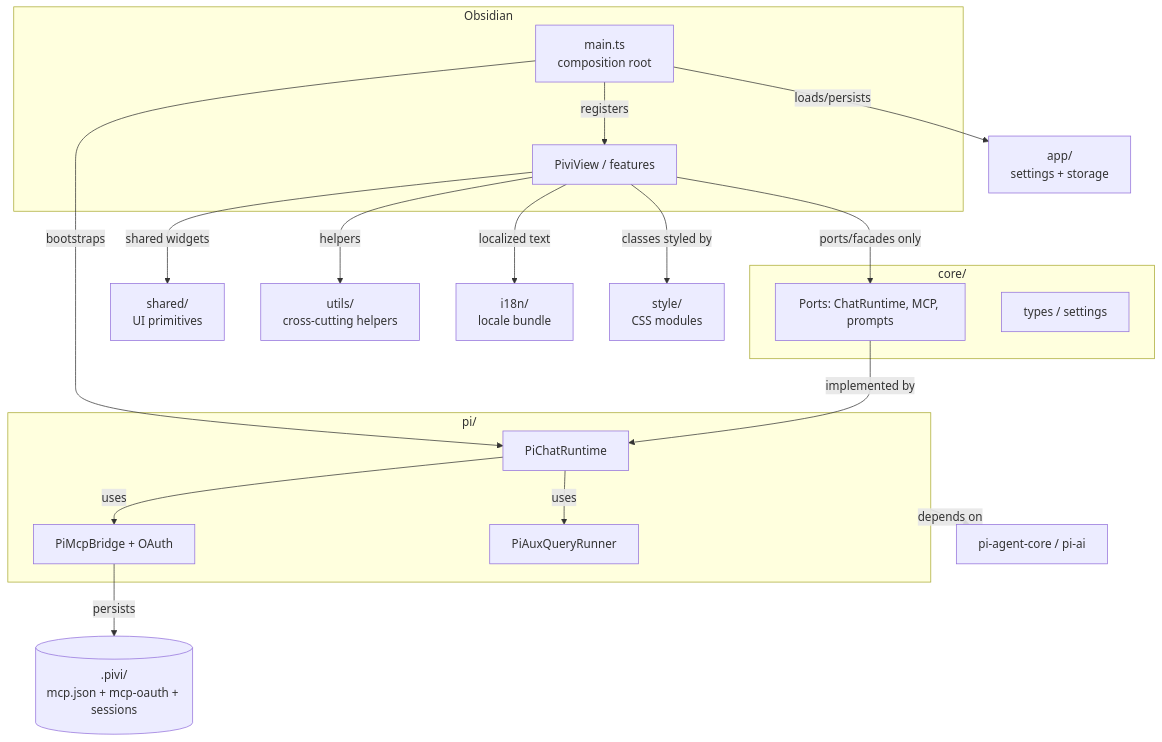
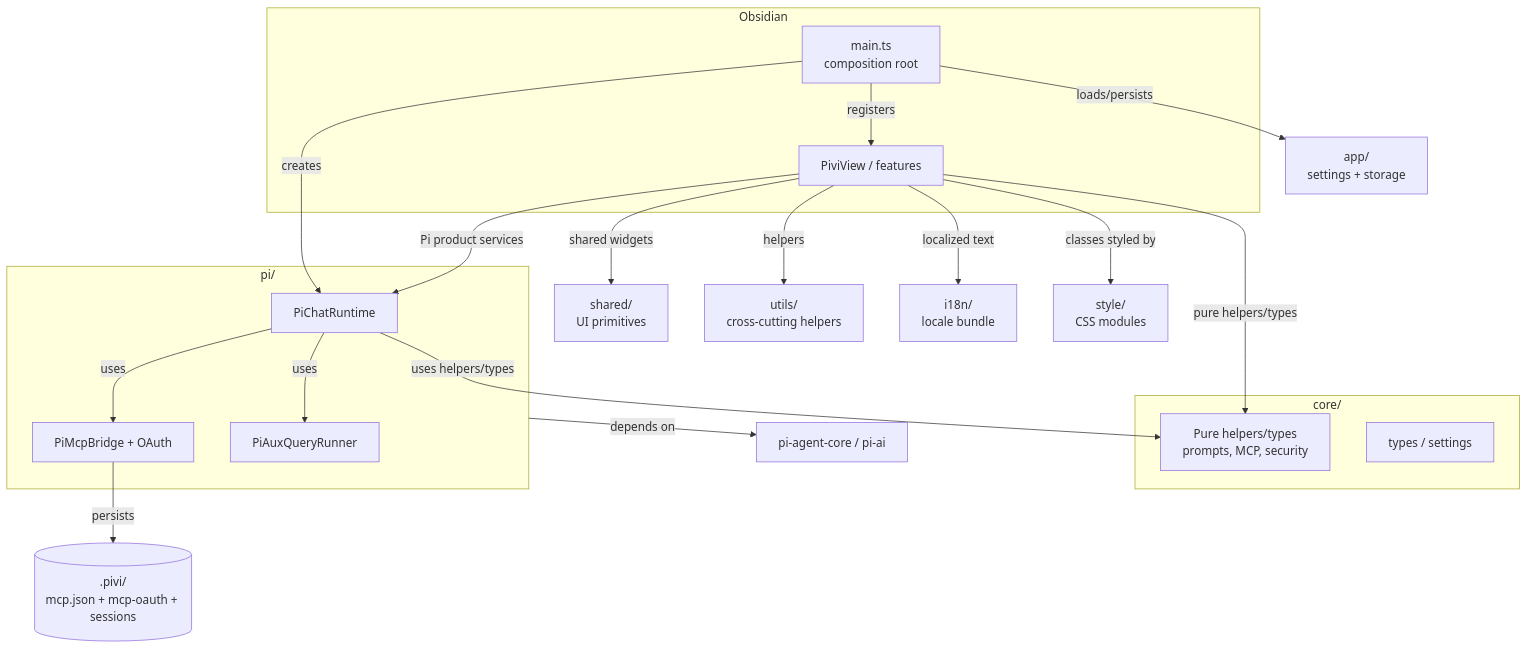
One commit to shuuul/obsidian-pivi changed the first of 2 diagrams in src/AGENTS.md. Above: the diagram before and after it, drawn with Mermaid. The commit also changed other lines of this file and 155 other files, not shown here.

````diff
--- a/src/AGENTS.md
+++ b/src/AGENTS.md
@@ -7,39 +7,40 @@
 ```mermaid
 flowchart TB
   subgraph Obsidian["Obsidian"]
     Main["main.ts<br/>composition root"]
     View["PiviView / features"]
   end
 
   subgraph Core["core/"]
-    Ports["Ports: ChatRuntime, MCP, prompts"]
+    Ports["Pure helpers/types<br/>prompts, MCP, security"]
     Types["types / settings"]
   end
 
   subgraph Pi["pi/"]
     Runtime["PiChatRuntime"]
     MCP["PiMcpBridge + OAuth"]
     Aux["PiAuxQueryRunner"]
   end
 
   Vault[(".pivi/<br/>mcp.json + mcp-oauth + sessions")]
   App["app/<br/>settings + storage"]
   Shared["shared/<br/>UI primitives"]
   Utils["utils/<br/>cross-cutting helpers"]
   I18n["i18n/<br/>locale bundle"]
   Style["style/<br/>CSS modules"]
 
   Main -- "registers" --> View
   Main -- "loads/persists" --> App
-  Main -- "bootstraps" --> Runtime
-  View -- "ports/facades only" --> Ports
+  Main -- "creates" --> Runtime
+  View -- "Pi product services" --> Runtime
+  View -- "pure helpers/types" --> Ports
   View -- "shared widgets" --> Shared
   View -- "helpers" --> Utils
   View -- "localized text" --> I18n
   View -- "classes styled by" --> Style
-  Ports -- "implemented by" --> Runtime
+  Runtime -- "uses helpers/types" --> Ports
   Runtime -- "uses" --> MCP
   MCP -- "persists" --> Vault
   Runtime -- "uses" --> Aux
   Pi -- "depends on" --> PiSDK["pi-agent-core / pi-ai"]
 ```
````
